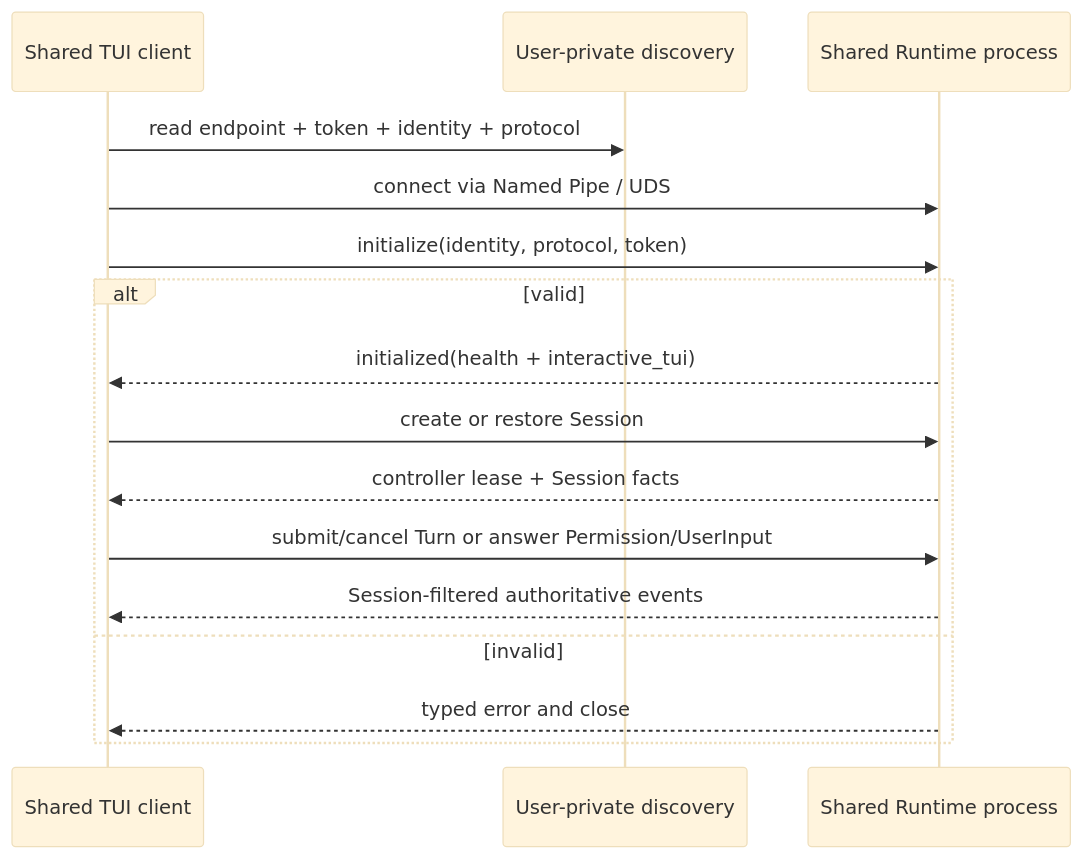
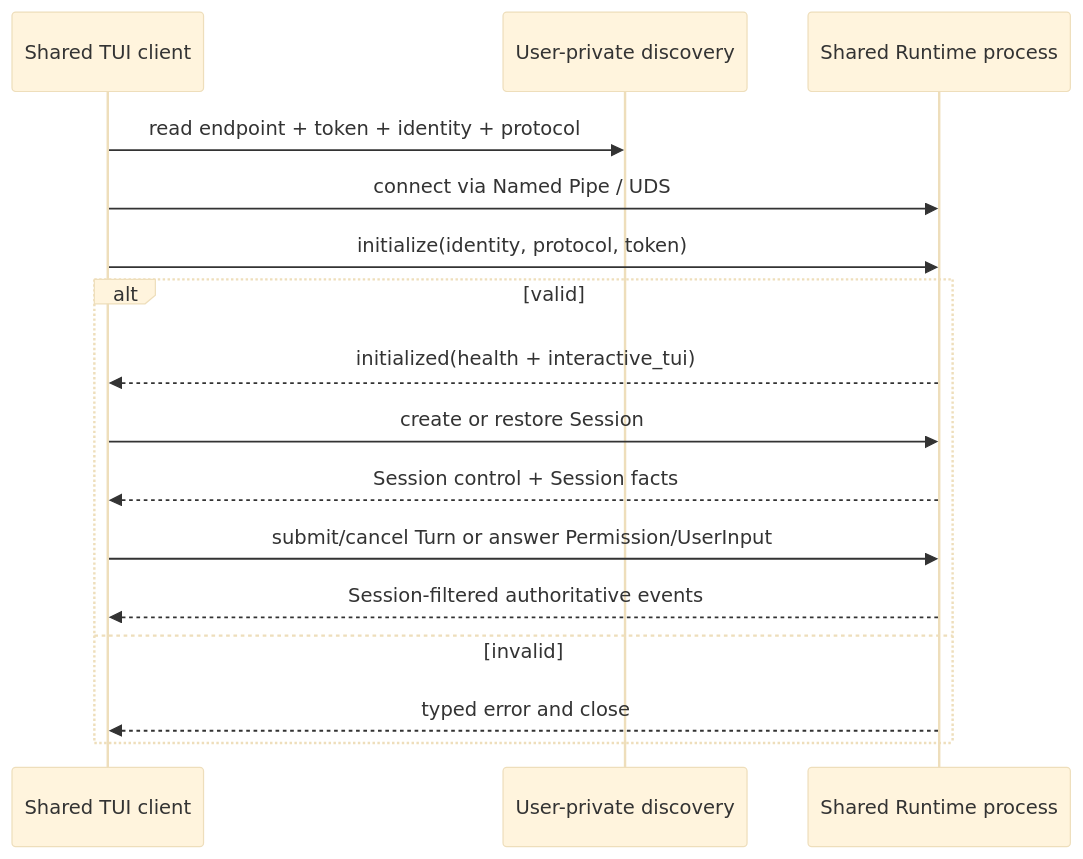
One commit to 1688mengdie/BitFun changed the seventh of 8 diagrams in docs/architecture/agent-runtime-deployment-design.md. Above: the diagram before and after it, drawn with Mermaid (base theme). The commit also changed other lines of this file and 21 other files, not shown here.

````diff
--- a/docs/architecture/agent-runtime-deployment-design.md
+++ b/docs/architecture/agent-runtime-deployment-design.md
@@ -138,19 +176,19 @@
 ```mermaid
 sequenceDiagram
   participant C as Shared TUI client
   participant D as User-private discovery
   participant S as Shared Runtime process
 
   C->>D: read endpoint + token + identity + protocol
   C->>S: connect via Named Pipe / UDS
   C->>S: initialize(identity, protocol, token)
   alt valid
     S-->>C: initialized(health + interactive_tui)
     C->>S: create or restore Session
-    S-->>C: controller lease + Session facts
+    S-->>C: Session control + Session facts
     C->>S: submit/cancel Turn or answer Permission/UserInput
     S-->>C: Session-filtered authoritative events
   else invalid
     S-->>C: typed error and close
   end
 ```
````
